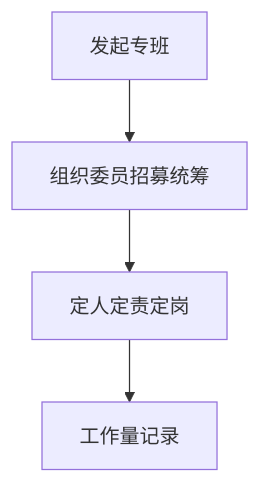
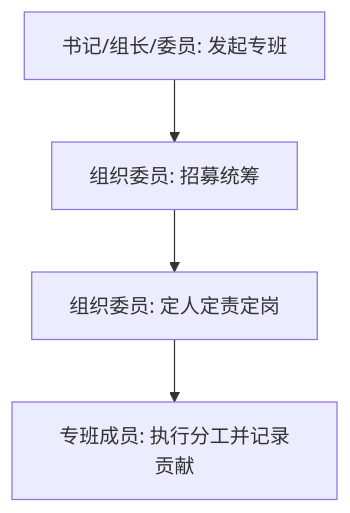
Before and after one commit to czhgo/GSM1921-SOP: the eighth of 15 diagrams in content/03_doc_system/FUNCTION_MAP.md, drawn with Mermaid. The commit also changed other lines of this file and 183 other files, not shown here.

Commit message:
feat(flow): 业务链路角色化 FLOW_LINKS 12 条 + help 架构叙事对齐 + catalog 整合 (T6/T7/T8, 20260901h to i, 87/87)

````diff
--- a/content/03_doc_system/FUNCTION_MAP.md
+++ b/content/03_doc_system/FUNCTION_MAP.md
@@ -91,6 +126,6 @@
 ```mermaid
 flowchart TD
-A[发起专班] --> B[组织委员招募统筹]
-B --> C[定人定责定岗]
-C --> D[工作量记录]
+A[书记/组长/委员: 发起专班] --> B[组织委员: 招募统筹]
+B --> C[组织委员: 定人定责定岗]
+C --> D[专班成员: 执行分工并记录贡献]
 ```
````
